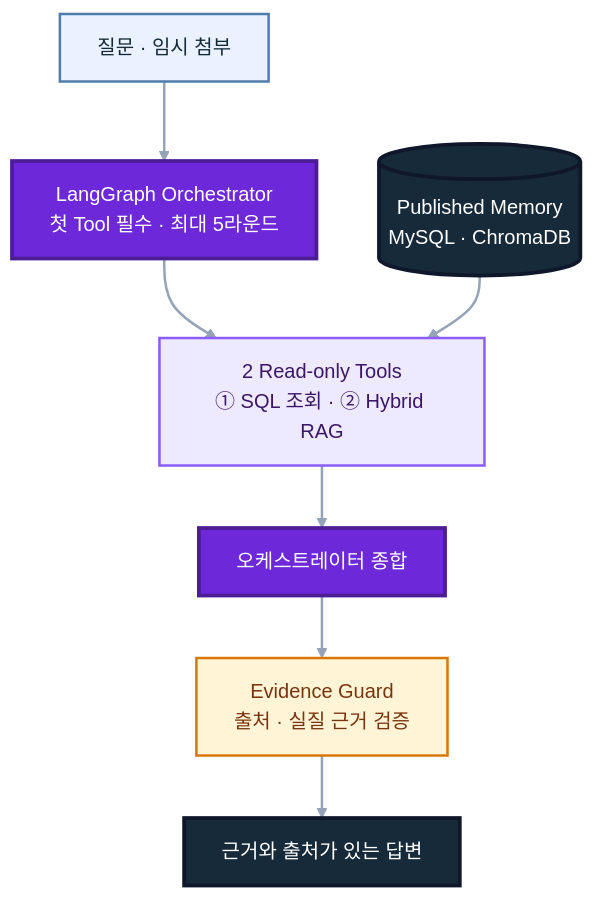
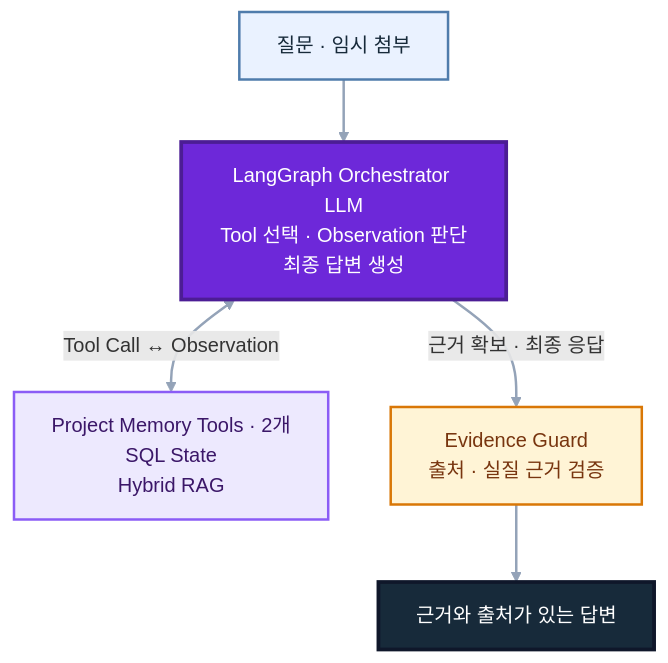
Before and after one commit to SKNETWORKS-FAMILY-AICAMP/SKN30-4th-1Team: the third of 5 diagrams in README.md, drawn with Mermaid. The commit also changed other lines of this file, not shown here.

Commit message:
docs: emphasize orchestrator LLM tool loop

````diff
--- a/README.md
+++ b/README.md
@@ -160,33 +160,26 @@
 ```mermaid
 flowchart TB
     REQUEST["질문 · 임시 첨부"]
-    MEMORY[("Published Memory<br/>MySQL · ChromaDB")]
-    ORCHESTRATOR["LangGraph Orchestrator<br/>첫 Tool 필수 · 최대 5라운드"]
-    TOOLS["2 Read-only Tools<br/>① SQL 조회 · ② Hybrid RAG"]
-    SYNTHESIS["오케스트레이터 종합"]
+    ORCHESTRATOR["LangGraph Orchestrator LLM<br/>Tool 선택 · Observation 판단<br/>최종 답변 생성"]
+    TOOLS["Project Memory Tools · 2개<br/>SQL State<br/>Hybrid RAG"]
     EVIDENCE_GUARD["Evidence Guard<br/>출처 · 실질 근거 검증"]
     ANSWER["근거와 출처가 있는 답변"]
 
     REQUEST --> ORCHESTRATOR
-    ORCHESTRATOR --> TOOLS
-    MEMORY --> TOOLS
-    TOOLS --> SYNTHESIS
-    SYNTHESIS --> EVIDENCE_GUARD
+    ORCHESTRATOR <-->|"Tool Call ↔ Observation"| TOOLS
+    ORCHESTRATOR -->|"근거 확보 · 최종 응답"| EVIDENCE_GUARD
     EVIDENCE_GUARD --> ANSWER
 
-    classDef datastore fill:#172A3A,stroke:#0F172A,color:#FFFFFF,stroke-width:3px
     classDef source fill:#EAF2FF,stroke:#4F7CAC,color:#172A3A,stroke-width:2px
     classDef agent fill:#6D28D9,stroke:#4C1D95,color:#FFFFFF,stroke-width:3px
     classDef tool fill:#EDE9FE,stroke:#8B5CF6,color:#3B1768,stroke-width:2px
     classDef guard fill:#FFF4D6,stroke:#D97706,color:#78350F,stroke-width:2px
     classDef result fill:#172A3A,stroke:#0F172A,color:#FFFFFF,stroke-width:3px
 
-    class MEMORY datastore
     class REQUEST source
     class ORCHESTRATOR agent
     class TOOLS tool
-    class SYNTHESIS agent
     class EVIDENCE_GUARD guard
     class ANSWER result
     linkStyle default stroke:#94A3B8,stroke-width:2px
 ```
````
